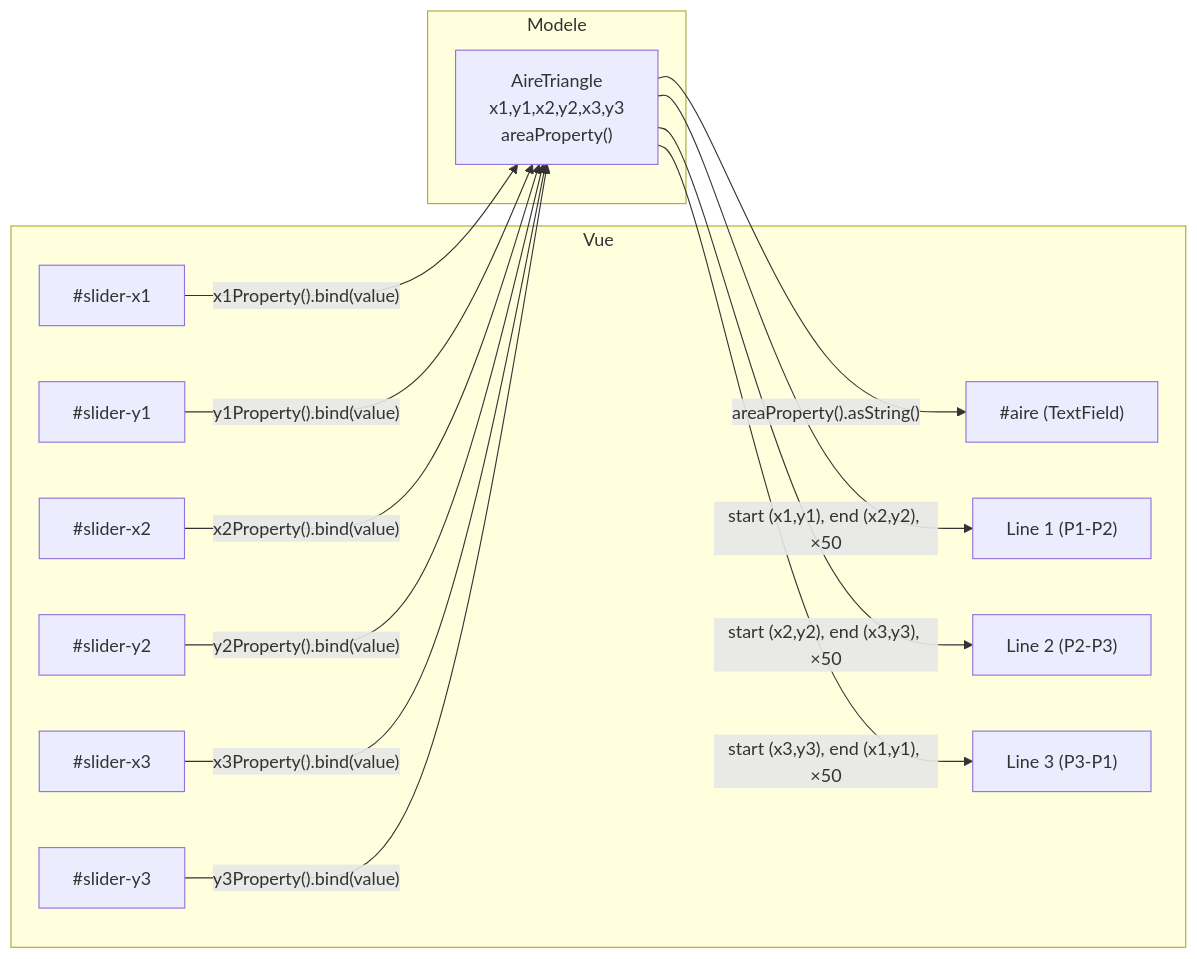
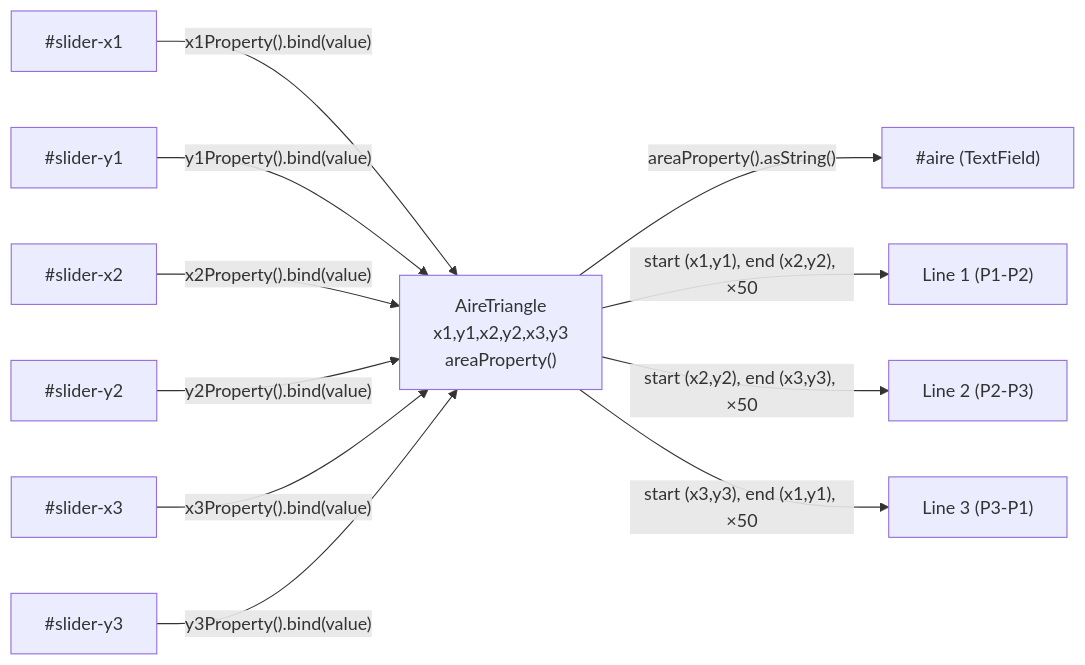
Before and after one commit to IUTInfoAix-R202-2026/tp2-mankaiadamgit: the seventh of 12 diagrams in README.md, drawn with Mermaid. The commit also changed other lines of this file, not shown here.

Commit message:
chore(infra): synchroniser l'infrastructure depuis le TP de référence
Mise à jour automatique des fichiers d'infrastructure (workflows
GitHub Actions, autograding, devcontainer, configs IDE, helpers,
README, pom.xml). Aucun fichier sous src/ n'a été touché.

Propagé par le workflow sync-students.yml du repo
IUTInfoAix-R203/classroom-sync.

````diff
--- a/README.md
+++ b/README.md
@@ -825,28 +825,24 @@
 ```mermaid
 graph LR
-    subgraph Vue
-        SX1["#slider-x1"]
-        SY1["#slider-y1"]
-        SX2["#slider-x2"]
-        SY2["#slider-y2"]
-        SX3["#slider-x3"]
-        SY3["#slider-y3"]
-        TF["#aire (TextField)"]
-        L1["Line 1 (P1-P2)"]
-        L2["Line 2 (P2-P3)"]
-        L3["Line 3 (P3-P1)"]
-    end
-    subgraph Modele
-        AT["AireTriangle\nx1,y1,x2,y2,x3,y3\nareaProperty()"]
-    end
+    SX1["#slider-x1"]
+    SY1["#slider-y1"]
+    SX2["#slider-x2"]
+    SY2["#slider-y2"]
+    SX3["#slider-x3"]
+    SY3["#slider-y3"]
+    TF["#aire (TextField)"]
+    L1["Line 1 (P1-P2)"]
+    L2["Line 2 (P2-P3)"]
+    L3["Line 3 (P3-P1)"]
+    AT["AireTriangle\nx1,y1,x2,y2,x3,y3\nareaProperty()"]
     SX1 -- "x1Property().bind(value)" --> AT
     SY1 -- "y1Property().bind(value)" --> AT
     SX2 -- "x2Property().bind(value)" --> AT
     SY2 -- "y2Property().bind(value)" --> AT
     SX3 -- "x3Property().bind(value)" --> AT
     SY3 -- "y3Property().bind(value)" --> AT
     AT -- "areaProperty().asString()" --> TF
     AT -- "start (x1,y1), end (x2,y2), ×50" --> L1
     AT -- "start (x2,y2), end (x3,y3), ×50" --> L2
     AT -- "start (x3,y3), end (x1,y1), ×50" --> L3
 ```
````
